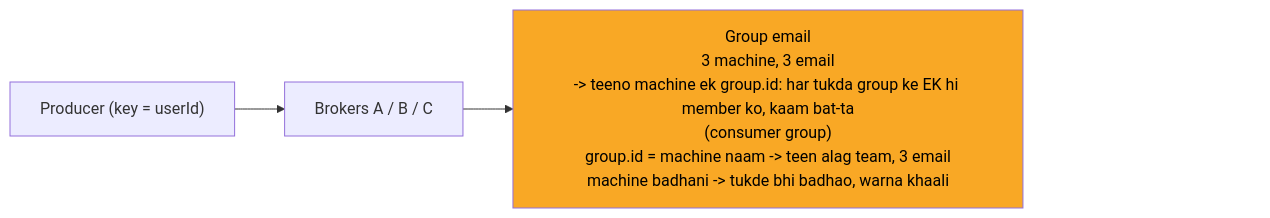
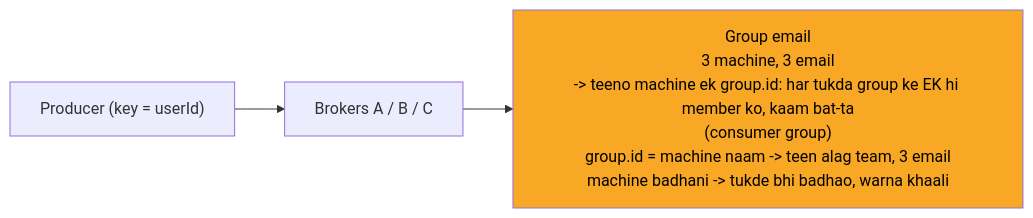
The fifth of 12 diagrams in 04_HLD/SYSTEM_DESIGNS/12_message_queue_kafka/12_message_queue_kafka.md (ArpanMaheshwari144/Prep), drawn with Mermaid before and after one commit. The commit also changed other lines of this file and 182 other files, not shown here.

Commit message:
hld 14 file: har diagram mermaid-cli se SVG image (source details me), n_pad hataya, render tool 04_HLD/tools

````diff
--- a/04_HLD/SYSTEM_DESIGNS/12_message_queue_kafka/12_message_queue_kafka.md
+++ b/04_HLD/SYSTEM_DESIGNS/12_message_queue_kafka/12_message_queue_kafka.md
@@ -196,13 +216,10 @@
 ```mermaid
 %%{init: {"flowchart": {"wrappingWidth": 450}}}%%
 flowchart LR
     n_P["Producer (key = userId)"]
     n_B["Brokers A / B / C"]
     n_GE["Group email<br/>3 machine, 3 email<br/>-> teeno machine ek group.id: har tukda group ke EK hi member ko, kaam bat-ta<br/>(consumer group)<br/>group.id = machine naam -> teen alag team, 3 email<br/>machine badhani -> tukde bhi badhao, warna khaali"]
     n_P --> n_B
     n_B --> n_GE
-    n_pad["xxxxxxxxxxxxxxxx"]
-    n_GE ~~~ n_pad
     style n_GE fill:#f9a825,color:#000
-    style n_pad fill:none,stroke:none,color:#ffffff00
 ```
````
